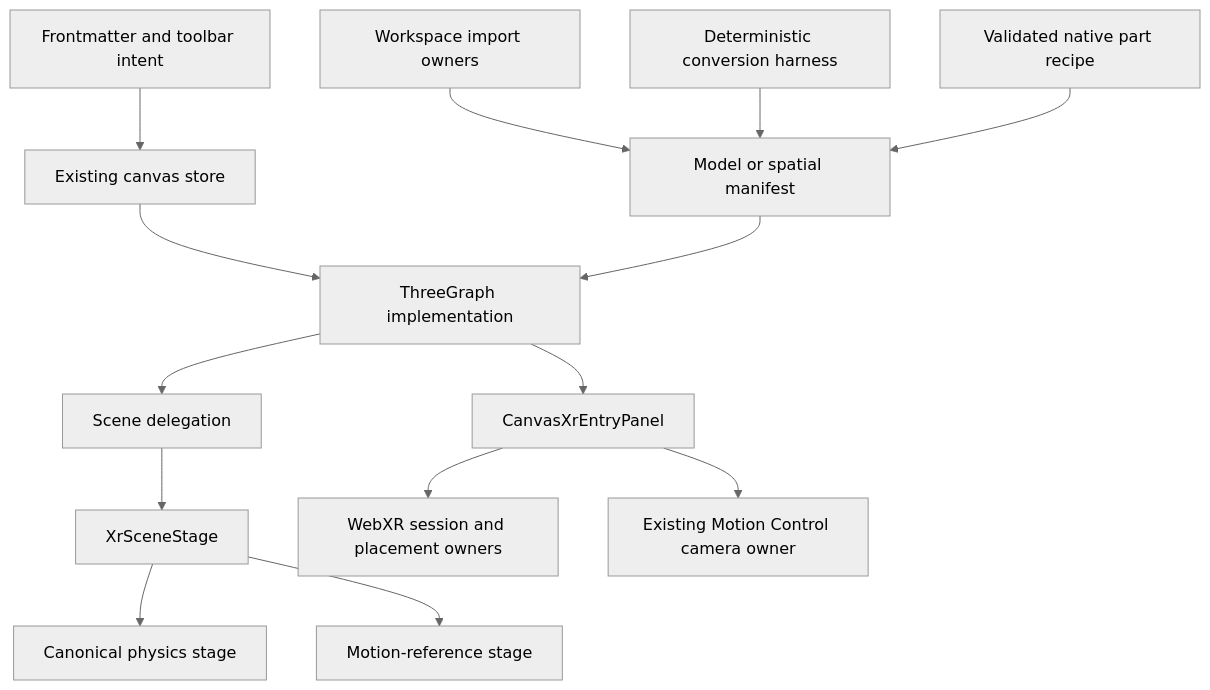
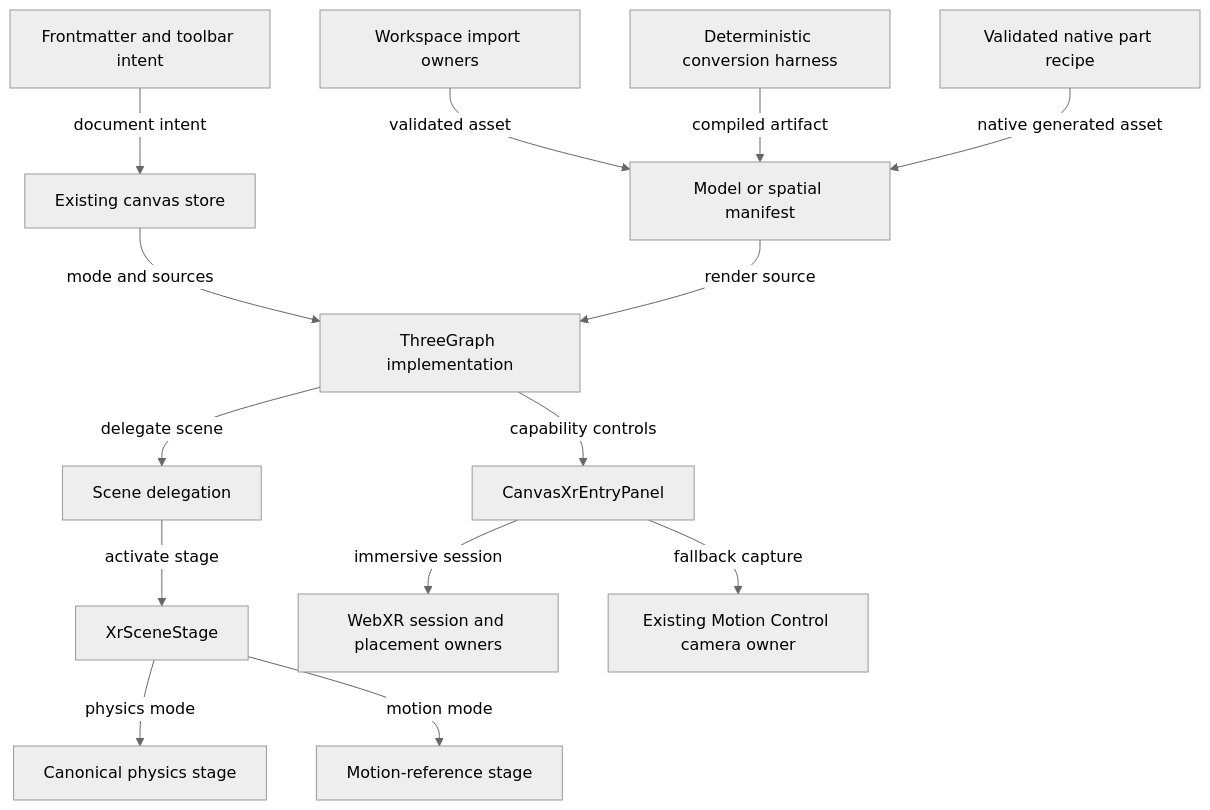
The diagram in docs/documents/agentic-graph-xr-mode-prd-tad-adr-mvp-gtm.md (huijoohwee/agentic-graph), drawn with Mermaid (neutral theme) before and after one commit. The commit also changed other lines of this file and 120 other files, not shown here.

First line of the commit message:
fix(xr): complete native workspace and cold panel initialization (#1296)

````diff
--- a/docs/documents/agentic-graph-xr-mode-prd-tad-adr-mvp-gtm.md
+++ b/docs/documents/agentic-graph-xr-mode-prd-tad-adr-mvp-gtm.md
@@ -264,16 +271,16 @@
 ```mermaid
 flowchart TD
-  F["Frontmatter and toolbar intent"] --> S["Existing canvas store"]
-  S --> T["ThreeGraph implementation"]
-  T --> C["Scene delegation"]
-  C --> X["XrSceneStage"]
-  X --> P["Canonical physics stage"]
-  X --> M["Motion-reference stage"]
-  T --> E["CanvasXrEntryPanel"]
-  E --> W["WebXR session and placement owners"]
-  E --> K["Existing Motion Control camera owner"]
-  I["Workspace import owners"] --> A["Model or spatial manifest"]
-  A --> T
-  H["Deterministic conversion harness"] --> A
-  R["Validated native part recipe"] --> A
+  F["Frontmatter and toolbar intent"]; F -->|"document intent"| S["Existing canvas store"]
+  S -->|"mode and sources"| T["ThreeGraph implementation"]
+  T -->|"delegate scene"| C["Scene delegation"]
+  C -->|"activate stage"| X["XrSceneStage"]
+  X -->|"physics mode"| P["Canonical physics stage"]
+  X -->|"motion mode"| M["Motion-reference stage"]
+  T -->|"capability controls"| E["CanvasXrEntryPanel"]
+  E -->|"immersive session"| W["WebXR session and placement owners"]
+  E -->|"fallback capture"| K["Existing Motion Control camera owner"]
+  I["Workspace import owners"]; I -->|"validated asset"| A["Model or spatial manifest"]
+  A -->|"render source"| T
+  H["Deterministic conversion harness"]; H -->|"compiled artifact"| A
+  R["Validated native part recipe"]; R -->|"native generated asset"| A
 ```
````
